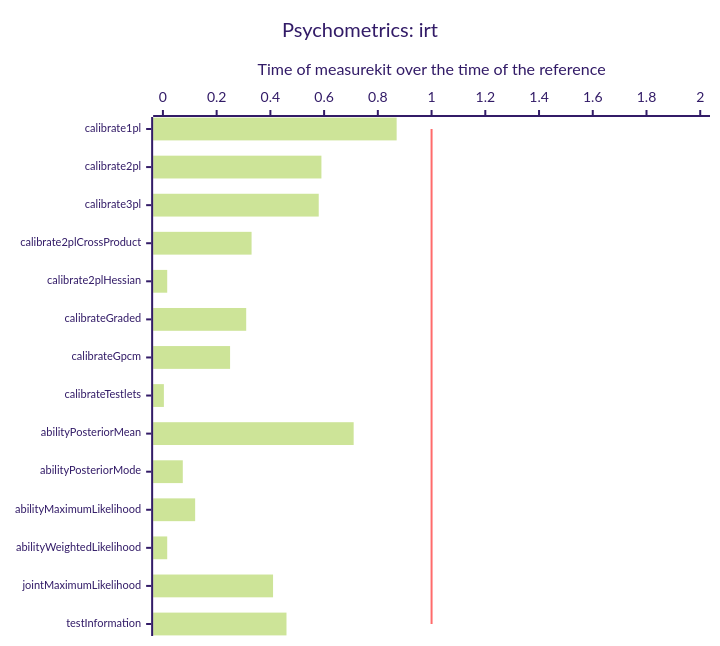
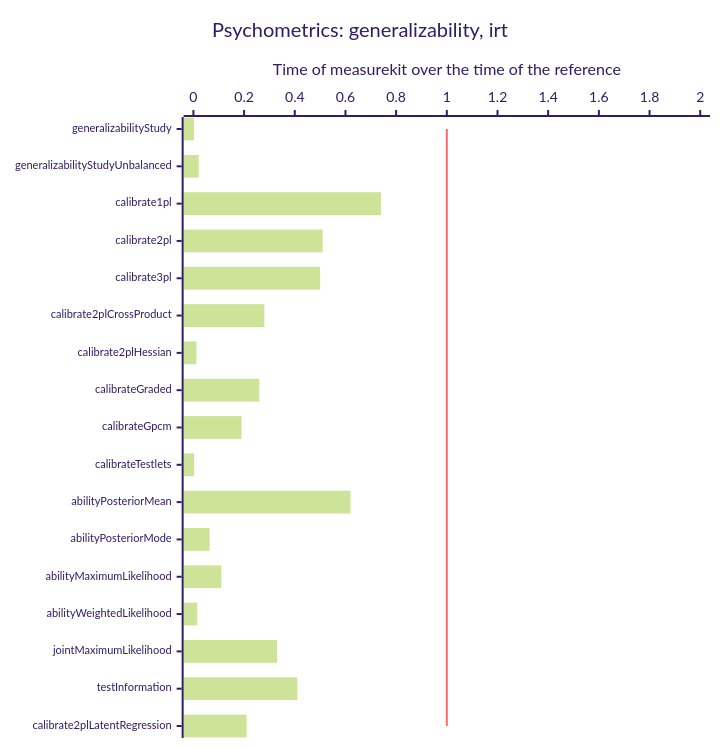
Before and after one commit to measurekit/measurekit: the seventh of 12 diagrams in docs/performance.md, drawn with Mermaid (forest theme). The commit also changed other lines of this file and 2 other files, not shown here.

````diff
--- a/docs/performance.md
+++ b/docs/performance.md
@@ -73,9 +73,9 @@
 ```mermaid
-%%{init: {"xyChart": {"height": 626, "xAxis": {"labelFontSize": 11}}}}%%
+%%{init: {"xyChart": {"height": 728, "xAxis": {"labelFontSize": 11}}}}%%
 xychart-beta horizontal
-  title "Psychometrics: irt"
-  x-axis ["calibrate1pl", "calibrate2pl", "calibrate3pl", "calibrate2plCrossProduct", "calibrate2plHessian", "calibrateGraded", "calibrateGpcm", "calibrateTestlets", "abilityPosteriorMean", "abilityPosteriorMode", "abilityMaximumLikelihood", "abilityWeightedLikelihood", "jointMaximumLikelihood", "testInformation"]
+  title "Psychometrics: generalizability, irt"
+  x-axis ["generalizabilityStudy", "generalizabilityStudyUnbalanced", "calibrate1pl", "calibrate2pl", "calibrate3pl", "calibrate2plCrossProduct", "calibrate2plHessian", "calibrateGraded", "calibrateGpcm", "calibrateTestlets", "abilityPosteriorMean", "abilityPosteriorMode", "abilityMaximumLikelihood", "abilityWeightedLikelihood", "jointMaximumLikelihood", "testInformation", "calibrate2plLatentRegression"]
   y-axis "Time of measurekit over the time of the reference" 0 --> 2
-  bar [0.87, 0.59, 0.58, 0.33, 0.016, 0.31, 0.25, 0.0036, 0.71, 0.074, 0.12, 0.016, 0.41, 0.46]
-  line [1, 1, 1, 1, 1, 1, 1, 1, 1, 1, 1, 1, 1, 1]
+  bar [0.0026, 0.021, 0.74, 0.51, 0.5, 0.28, 0.012, 0.26, 0.19, 0.0031, 0.62, 0.064, 0.11, 0.015, 0.33, 0.41, 0.21]
+  line [1, 1, 1, 1, 1, 1, 1, 1, 1, 1, 1, 1, 1, 1, 1, 1, 1]
 ```
````
